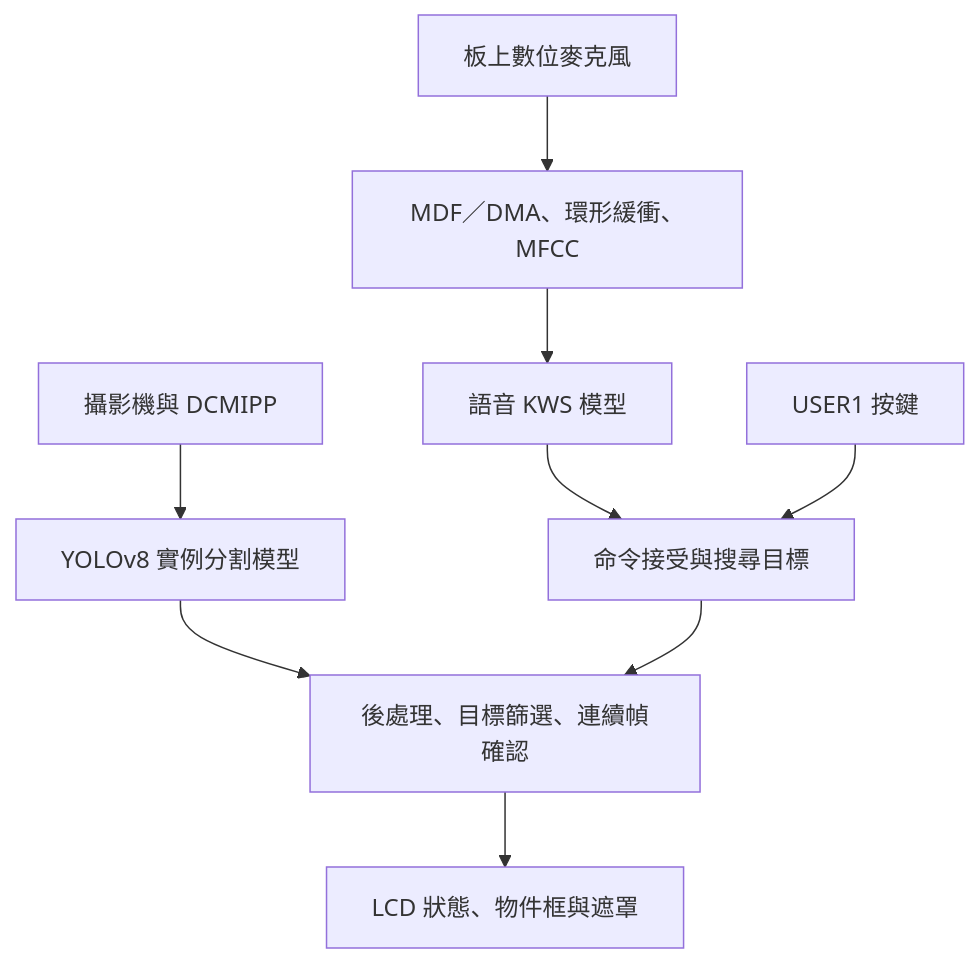
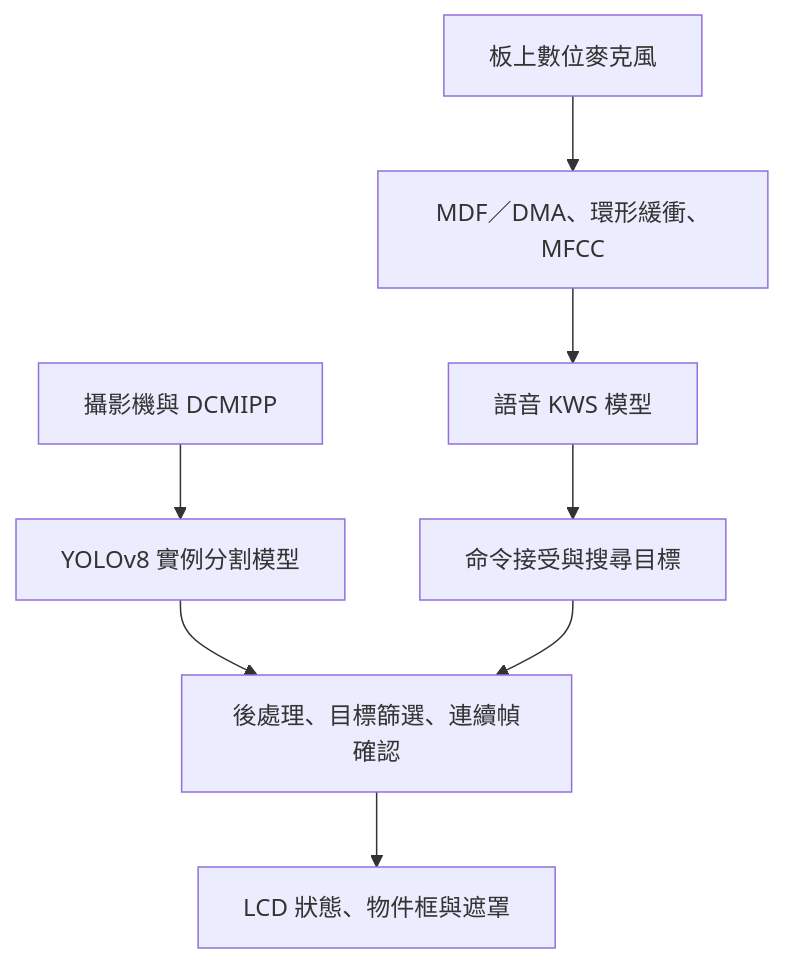
Before and after one commit to fan-gu-hao/stm32n6-voice-object-finder: the diagram in README.md, drawn with Mermaid. The commit also changed other lines of this file and 12 other files, not shown here.

````diff
--- a/README.md
+++ b/README.md
@@ -46,11 +48,10 @@
 ```mermaid
 flowchart TD
     MIC["板上數位麥克風"] --> AUDIO["MDF／DMA、環形緩衝、MFCC"]
     AUDIO --> KWS["語音 KWS 模型"]
     KWS --> TARGET["命令接受與搜尋目標"]
-    BUTTON["USER1 按鍵"] --> TARGET
     CAM["攝影機與 DCMIPP"] --> YOLO["YOLOv8 實例分割模型"]
     YOLO --> MATCH["後處理、目標篩選、連續幀確認"]
     TARGET --> MATCH
     MATCH --> LCD["LCD 狀態、物件框與遮罩"]
 ```
````
